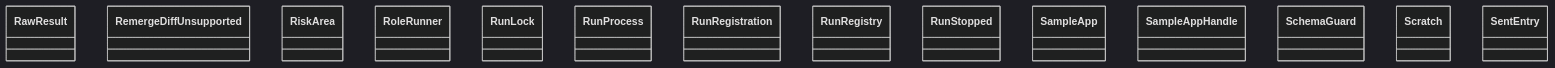
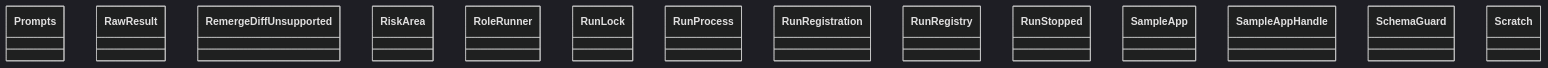
One commit to GonzaloZevallos/agentic-system changed the diagram in docs/architecture/generated/classes-process-application-support-5.md. Above: the diagram before and after it, drawn with Mermaid (dark theme). The commit also changed other lines of this file and 21 other files, not shown here.

````diff
--- a/docs/architecture/generated/classes-process-application-support-5.md
+++ b/docs/architecture/generated/classes-process-application-support-5.md
@@ -20,17 +20,17 @@
 ```mermaid
 classDiagram
+    class ports__Prompts["Prompts"]
     class ports__RawResult["RawResult"]
     class ports__RemergeDiffUnsupported["RemergeDiffUnsupported"]
     class ports__RiskArea["RiskArea"]
     class ports__RoleRunner["RoleRunner"]
     class ports__RunLock["RunLock"]
     class ports__RunProcess["RunProcess"]
     class ports__RunRegistration["RunRegistration"]
     class ports__RunRegistry["RunRegistry"]
     class ports__RunStopped["RunStopped"]
     class ports__SampleApp["SampleApp"]
     class ports__SampleAppHandle["SampleAppHandle"]
     class ports__SchemaGuard["SchemaGuard"]
     class ports__Scratch["Scratch"]
-    class ports__SentEntry["SentEntry"]
 ```
````
